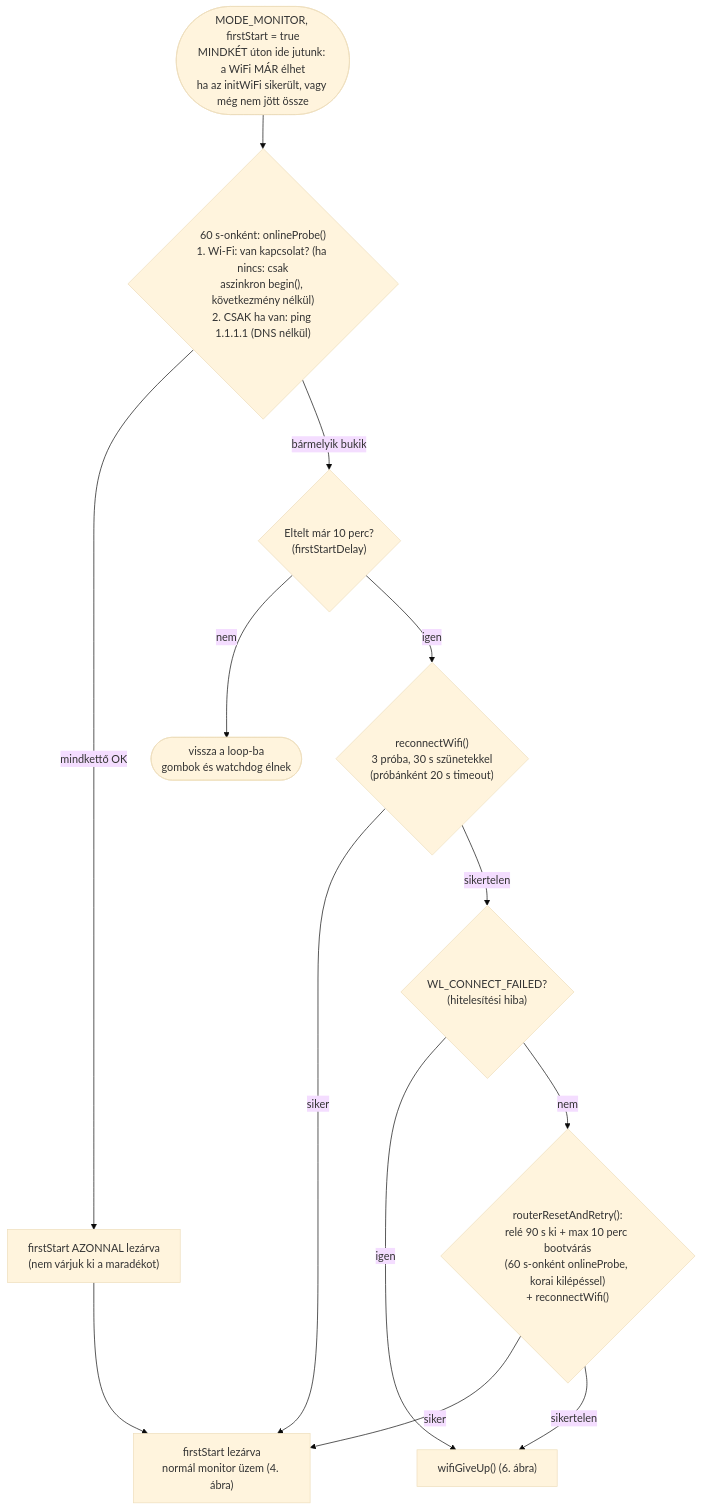
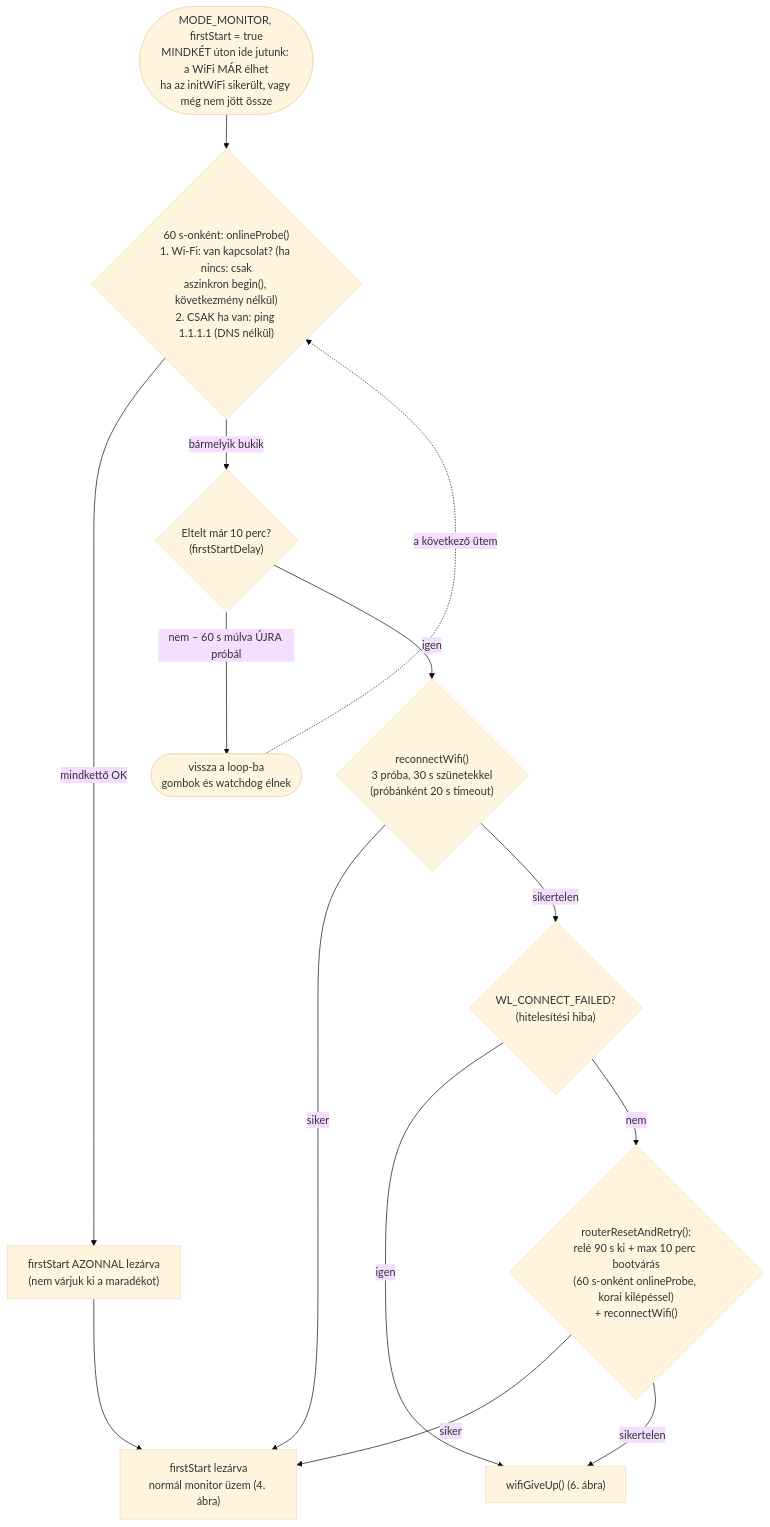
The third of 9 diagrams in FOLYAMATABRA.md (manszabi/bazsi-router-reboot), drawn with Mermaid (base theme) before and after one commit. The commit also changed other lines of this file and 5 other files, not shown here.

````diff
--- a/FOLYAMATABRA.md
+++ b/FOLYAMATABRA.md
@@ -88,15 +88,16 @@
 ```mermaid
 flowchart TD
     IN([MODE_MONITOR, firstStart = true<br>MINDKÉT úton ide jutunk: a WiFi MÁR élhet<br>ha az initWiFi sikerült, vagy még nem jött össze]) --> PRB{"60 s-onként: onlineProbe()<br>1. Wi-Fi: van kapcsolat? (ha nincs: csak<br>aszinkron begin(), következmény nélkül)<br>2. CSAK ha van: ping 1.1.1.1 (DNS nélkül)"}
     PRB -->|"mindkettő OK"| EARLY["firstStart AZONNAL lezárva<br>(nem várjuk ki a maradékot)"]
     EARLY --> DONE
     PRB -->|"bármelyik bukik"| WAIT{"Eltelt már 10 perc?<br>(firstStartDelay)"}
-    WAIT -->|nem| BACK([vissza a loop-ba<br>gombok és watchdog élnek])
+    WAIT -->|"nem – 60 s múlva ÚJRA próbál"| BACK([vissza a loop-ba<br>gombok és watchdog élnek])
+    BACK -.->|"a következő ütem"| PRB
     WAIT -->|igen| REC{"reconnectWifi()<br>3 próba, 30 s szünetekkel<br>(próbánként 20 s timeout)"}
     REC -->|siker| DONE["firstStart lezárva<br>normál monitor üzem (4. ábra)"]
     REC -->|sikertelen| AUTH{"WL_CONNECT_FAILED?<br>(hitelesítési hiba)"}
     AUTH -->|igen| GU["wifiGiveUp() (6. ábra)"]
     AUTH -->|nem| RST{"routerResetAndRetry():<br>relé 90 s ki + max 10 perc bootvárás<br>(60 s-onként onlineProbe, korai kilépéssel)<br>+ reconnectWifi()"}
     RST -->|siker| DONE
     RST -->|sikertelen| GU
 ```
````
